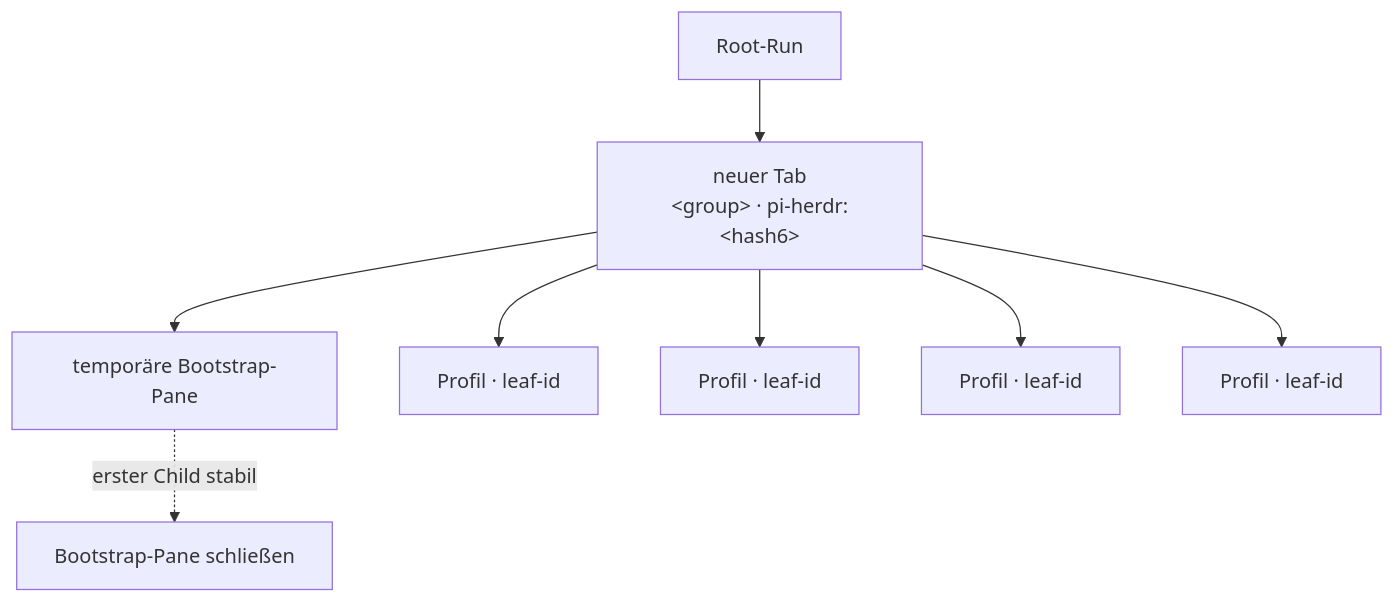
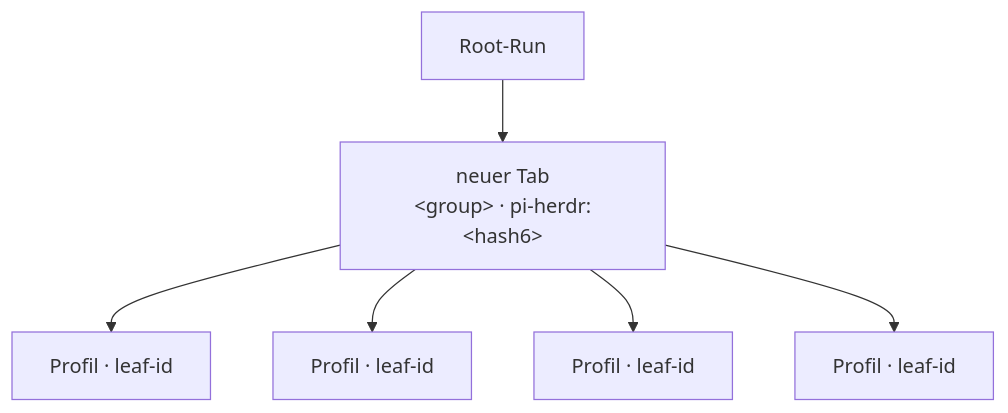
One commit to Eckii24/dotfiles changed the third of 6 diagrams in .pi/agent/extensions/herdr-subagent/README.md. Above: the diagram before and after it, drawn with Mermaid. The commit also changed other lines of this file and 9 other files, not shown here.

````diff
--- a/.pi/agent/extensions/herdr-subagent/README.md
+++ b/.pi/agent/extensions/herdr-subagent/README.md
@@ -261,10 +261,8 @@
 ```mermaid
 flowchart TB
   R["Root-Run"] --> TAB["neuer Tab<br/>&lt;group&gt; · pi-herdr:&lt;hash6&gt;"]
-  TAB --> B["temporäre Bootstrap-Pane"]
   TAB --> L1["Profil · leaf-id"]
   TAB --> L2["Profil · leaf-id"]
   TAB --> L3["Profil · leaf-id"]
   TAB --> L4["Profil · leaf-id"]
-  B -.->|erster Child stabil| X["Bootstrap-Pane schließen"]
 ```
````
